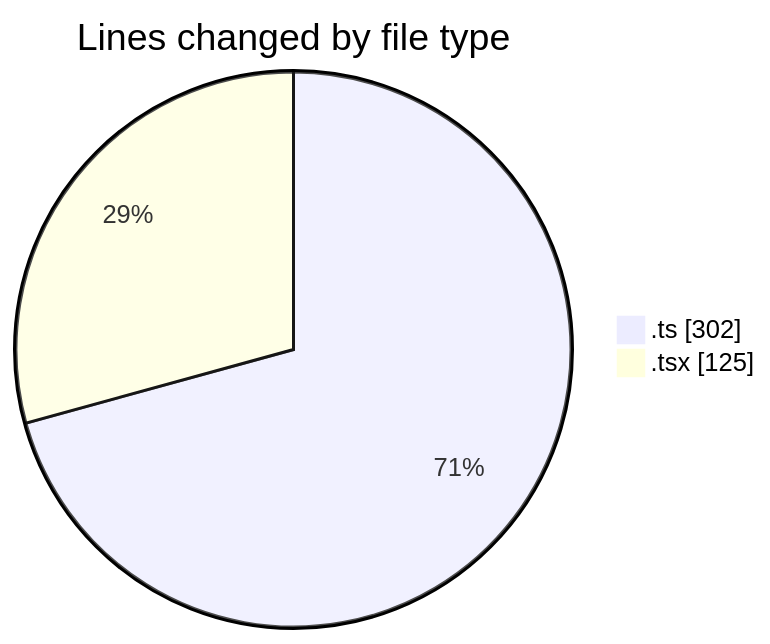
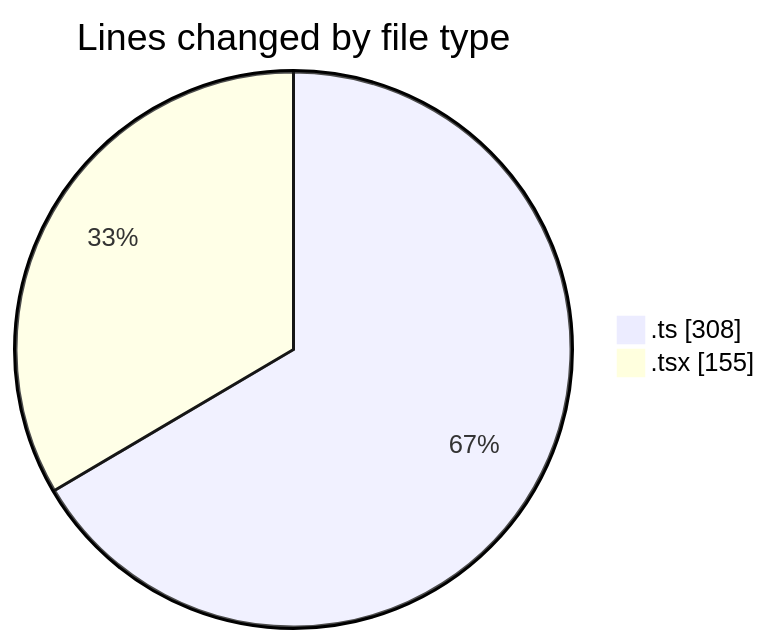
One commit to momahboobian/code-tracking changed the first of 2 diagrams in 2026-09-09/cda/README.md. Above: the diagram before and after it, drawn with Mermaid. The commit also changed other lines of this file and 1 other file, not shown here.

````diff
--- a/2026-09-09/cda/README.md
+++ b/2026-09-09/cda/README.md
@@ -24,6 +25,6 @@
 ```mermaid
 pie showData
 title Lines changed by file type
-".ts" : 302
-".tsx" : 125
+".ts" : 308
+".tsx" : 155
 ```
````
